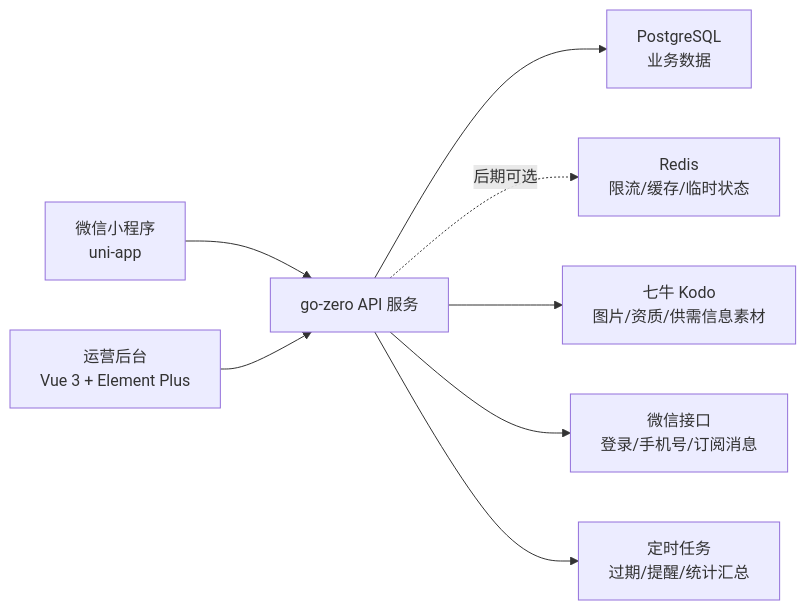
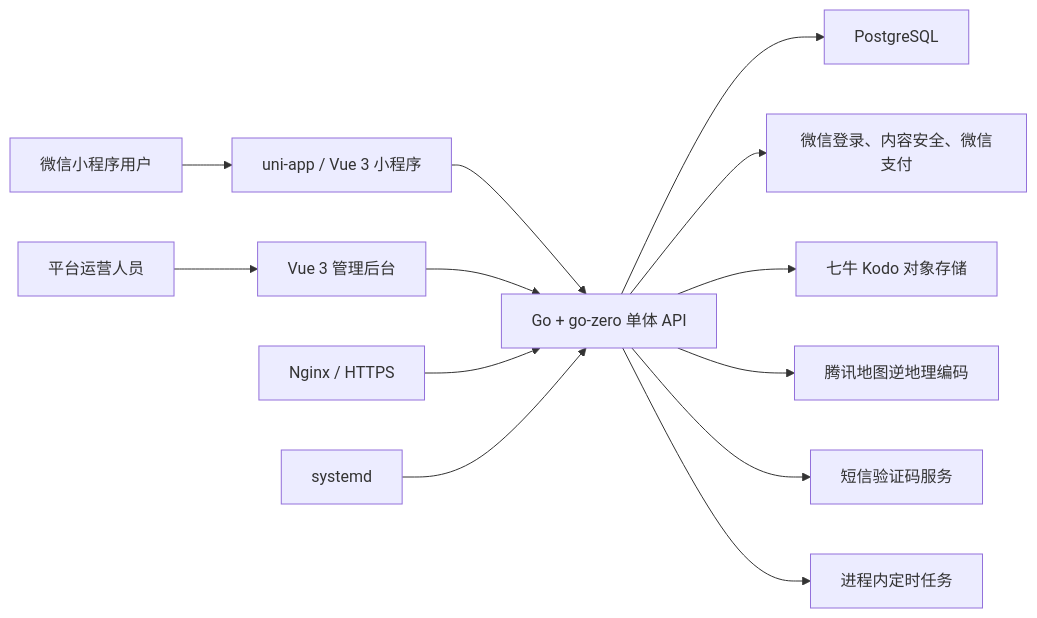
Before and after one commit to tourdt/wplink: the first of 4 diagrams in docs/product/technical-architecture.md, drawn with Mermaid. The commit also changed other lines of this file and 2 other files, not shown here.

````diff
--- a/docs/product/technical-architecture.md
+++ b/docs/product/technical-architecture.md
@@ -34,10 +43,15 @@
 ```mermaid
 flowchart LR
-  wx["微信小程序\nuni-app"] --> api["go-zero API 服务"]
-  admin["运营后台\nVue 3 + Element Plus"] --> api
-  api --> db["PostgreSQL\n业务数据"]
-  api -. 后期可选 .-> redis["Redis\n限流/缓存/临时状态"]
-  api --> kodo["七牛 Kodo\n图片/资质/供需信息素材"]
-  api --> wxapi["微信接口\n登录/手机号/订阅消息"]
-  api --> jobs["定时任务\n过期/提醒/统计汇总"]
+  user["微信小程序用户"] --> wxapp["uni-app / Vue 3 小程序"]
+  operator["平台运营人员"] --> admin["Vue 3 管理后台"]
+  wxapp --> api["Go + go-zero 单体 API"]
+  admin --> api
+  api --> pg["PostgreSQL"]
+  api --> wechat["微信登录、内容安全、微信支付"]
+  api --> qiniu["七牛 Kodo 对象存储"]
+  api --> tmap["腾讯地图逆地理编码"]
+  api --> sms["短信验证码服务"]
+  api --> tasks["进程内定时任务"]
+  nginx["Nginx / HTTPS"] --> api
+  systemd["systemd"] --> api
 ```
````
